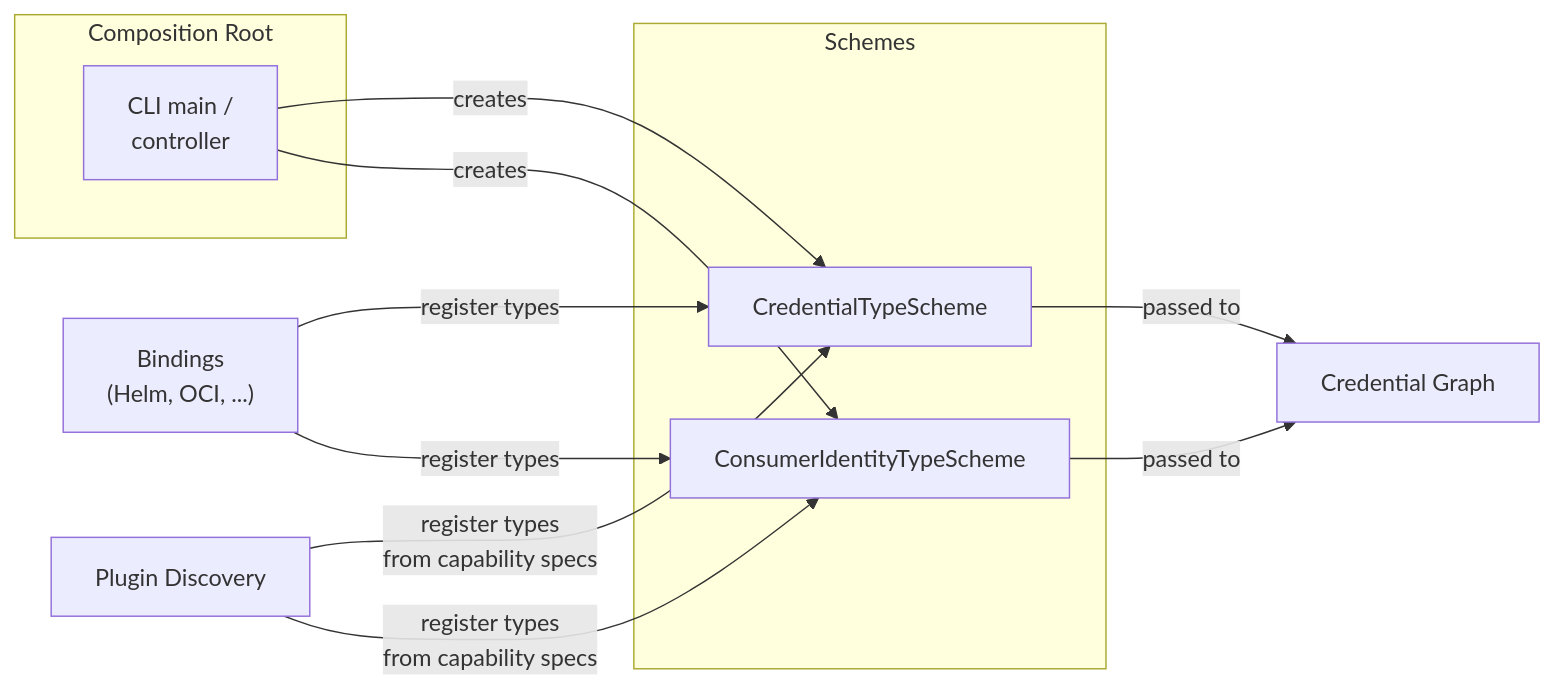
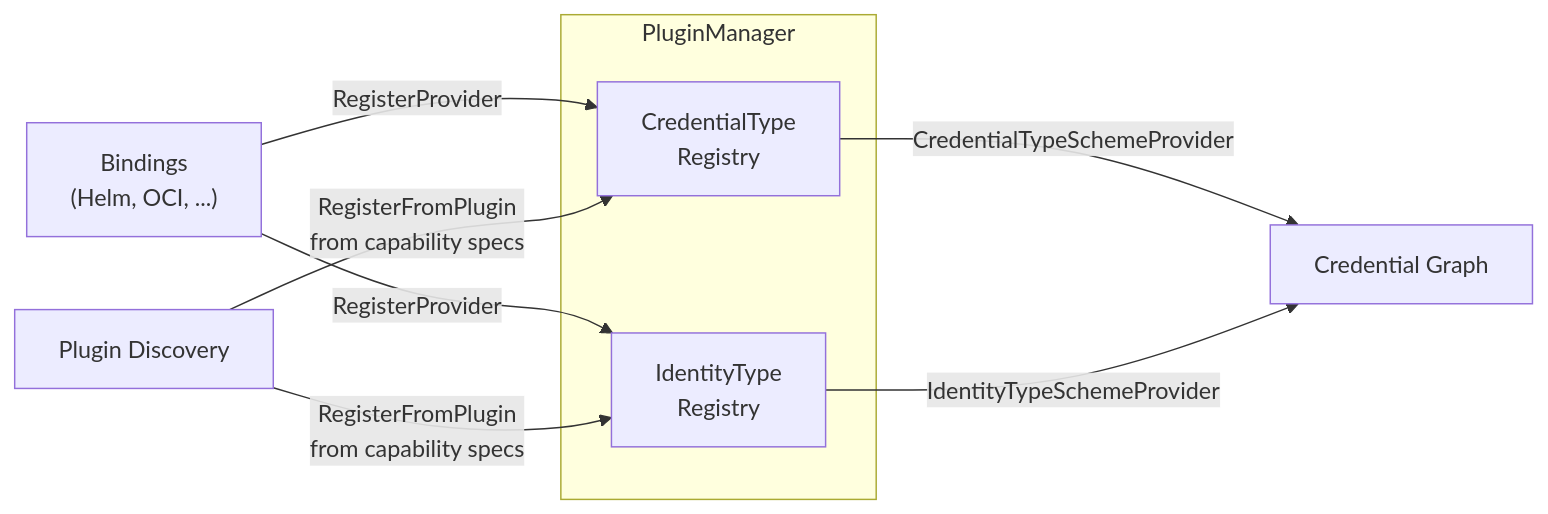
The second of 2 diagrams in docs/adr/0017_typed_credentials.md (open-component-model/open-component-model), drawn with Mermaid before and after one commit. The commit also changed other lines of this file and 15 other files, not shown here.

First line of the commit message:
feat: add registries instead of manual schema setup

````diff
--- a/docs/adr/0017_typed_credentials.md
+++ b/docs/adr/0017_typed_credentials.md
@@ -179,22 +188,15 @@
 ```mermaid
 flowchart LR
-    subgraph Composition Root
-        CR["CLI main /<br/>controller"]
+    subgraph PluginManager
+        CTR["CredentialType<br/>Registry"]
+        ITR["IdentityType<br/>Registry"]
     end
 
-    subgraph Schemes
-        CTS["CredentialTypeScheme"]
-        CITS["ConsumerIdentityTypeScheme"]
-    end
+    Bindings["Bindings<br/>(Helm, OCI, ...)"] -->|RegisterProvider| CTR
+    Bindings -->|RegisterProvider| ITR
+    Plugins["Plugin Discovery"] -->|RegisterFromPlugin<br/>from capability specs| CTR
+    Plugins -->|RegisterFromPlugin<br/>from capability specs| ITR
 
-    CR -->|creates| CTS
-    CR -->|creates| CITS
-
-    Bindings["Bindings<br/>(Helm, OCI, ...)"] -->|register types| CTS
-    Bindings -->|register types| CITS
-    Plugins["Plugin Discovery"] -->|register types<br/>from capability specs| CTS
-    Plugins -->|register types<br/>from capability specs| CITS
-
-    CTS -->|passed to| Graph["Credential Graph"]
-    CITS -->|passed to| Graph
+    CTR -->|CredentialTypeSchemeProvider| Graph["Credential Graph"]
+    ITR -->|IdentityTypeSchemeProvider| Graph
 ```
````
